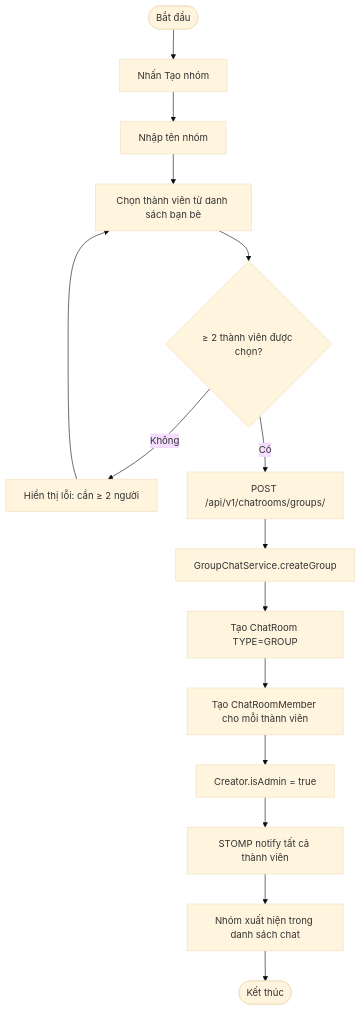
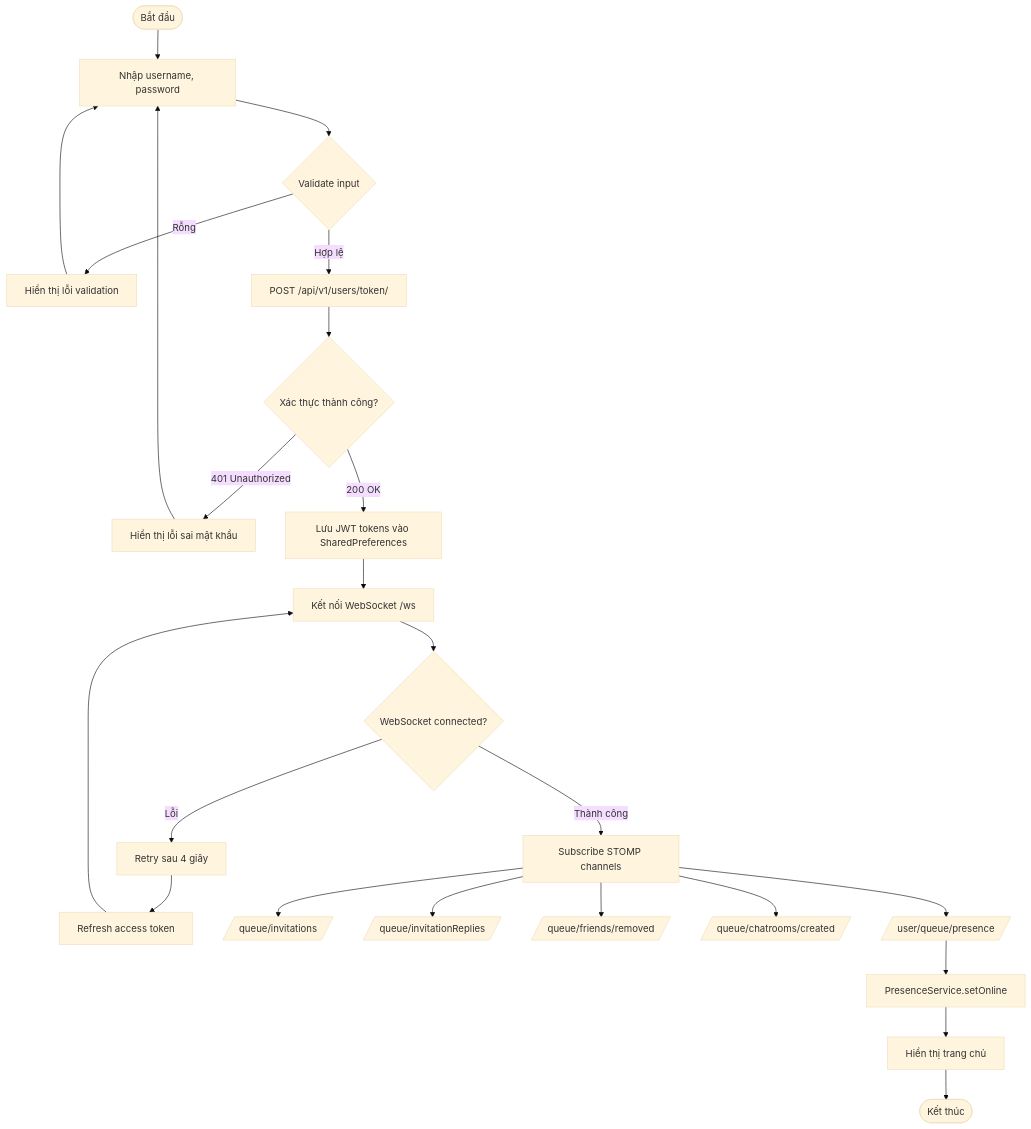
Before and after one commit to HiepNguyen284/chatapp: the ninth of 10 diagrams in bao_cao_thanh_vien_3.md, drawn with Mermaid (base theme). The commit also changed other lines of this file and 4473 other files, not shown here.

````diff
--- a/bao_cao_thanh_vien_3.md
+++ b/bao_cao_thanh_vien_3.md
@@ -1133,17 +1022,26 @@
 ```mermaid
 flowchart TD
-    A([Bắt đầu]) --> B[Nhấn Tạo nhóm]
-    B --> C[Nhập tên nhóm]
-    C --> D[Chọn thành viên từ danh sách bạn bè]
-    D --> E{≥ 2 thành viên được chọn?}
-    E -->|Không| F[Hiển thị lỗi: cần ≥ 2 người]
-    F --> D
-    E -->|Có| G[POST /api/v1/chatrooms/groups/]
-    G --> H[GroupChatService.createGroup]
-    H --> I[Tạo ChatRoom TYPE=GROUP]
-    I --> J[Tạo ChatRoomMember cho mỗi thành viên]
-    J --> K[Creator.isAdmin = true]
-    K --> L[STOMP notify tất cả thành viên]
-    L --> M[Nhóm xuất hiện trong danh sách chat]
-    M --> N([Kết thúc])
+    A([Bắt đầu]) --> B[Nhập username, password]
+    B --> C{Validate input}
+    C -->|Rỗng| D[Hiển thị lỗi validation]
+    D --> B
+    C -->|Hợp lệ| E[POST /api/v1/users/token/]
+    E --> F{Xác thực thành công?}
+    F -->|401 Unauthorized| G[Hiển thị lỗi sai mật khẩu]
+    G --> B
+    F -->|200 OK| H[Lưu JWT tokens vào SharedPreferences]
+    H --> I[Kết nối WebSocket /ws]
+    I --> J{WebSocket connected?}
+    J -->|Lỗi| K[Retry sau 4 giây]
+    K --> L[Refresh access token]
+    L --> I
+    J -->|Thành công| M[Subscribe STOMP channels]
+    M --> N[/queue/invitations/]
+    M --> O[/queue/invitationReplies/]
+    M --> P[/queue/friends/removed/]
+    M --> Q[/queue/chatrooms/created/]
+    M --> R[/user/queue/presence/]
+    R --> S[PresenceService.setOnline]
+    S --> T[Hiển thị trang chủ]
+    T --> U([Kết thúc])
 ```
````
